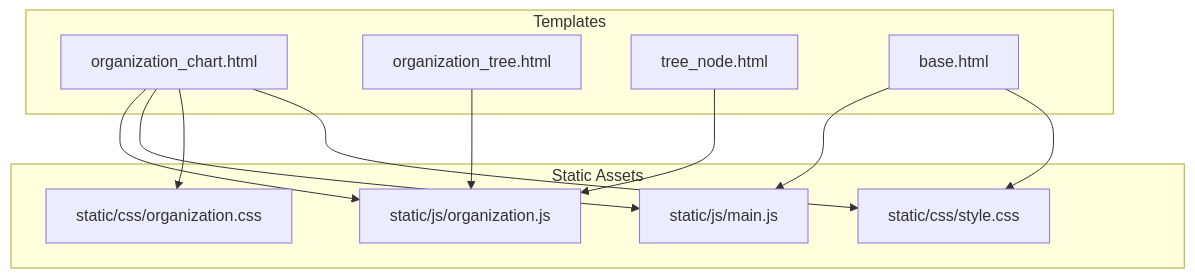
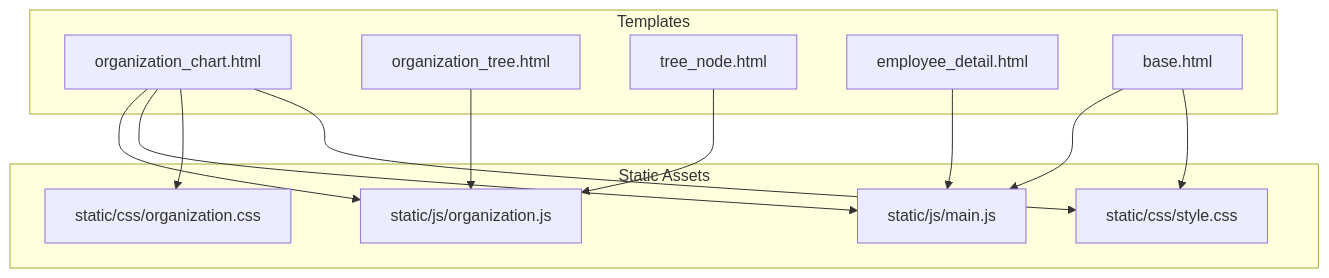
Before and after one commit to Pavel9474/task_manager: the first of 6 diagrams in .qoder/repowiki/en/content/User Interface and Templates/JavaScript Components and Interactivity.md, drawn with Mermaid. The commit also changed other lines of this file and 11 other files, not shown here.

Commit message:
bars are added gantt correct, popup windows works

````diff
--- a/.qoder/repowiki/en/content/User Interface and Templates/JavaScript Components and Interactivity.md
+++ b/.qoder/repowiki/en/content/User Interface and Templates/JavaScript Components and Interactivity.md
@@ -36,23 +48,25 @@
 ```mermaid
 graph TB
 subgraph "Templates"
 OC["organization_chart.html"]
 OT["organization_tree.html"]
 TN["tree_node.html"]
+ED["employee_detail.html"]
 BH["base.html"]
 end
 subgraph "Static Assets"
 JS_MAIN["static/js/main.js"]
 JS_ORG["static/js/organization.js"]
 CSS_ORG["static/css/organization.css"]
 CSS_STYLE["static/css/style.css"]
 end
 OC --> JS_ORG
 OC --> JS_MAIN
 OC --> CSS_ORG
 OC --> CSS_STYLE
 OT --> JS_ORG
 TN --> JS_ORG
+ED --> JS_MAIN
 BH --> JS_MAIN
 BH --> CSS_STYLE
 ```
````
